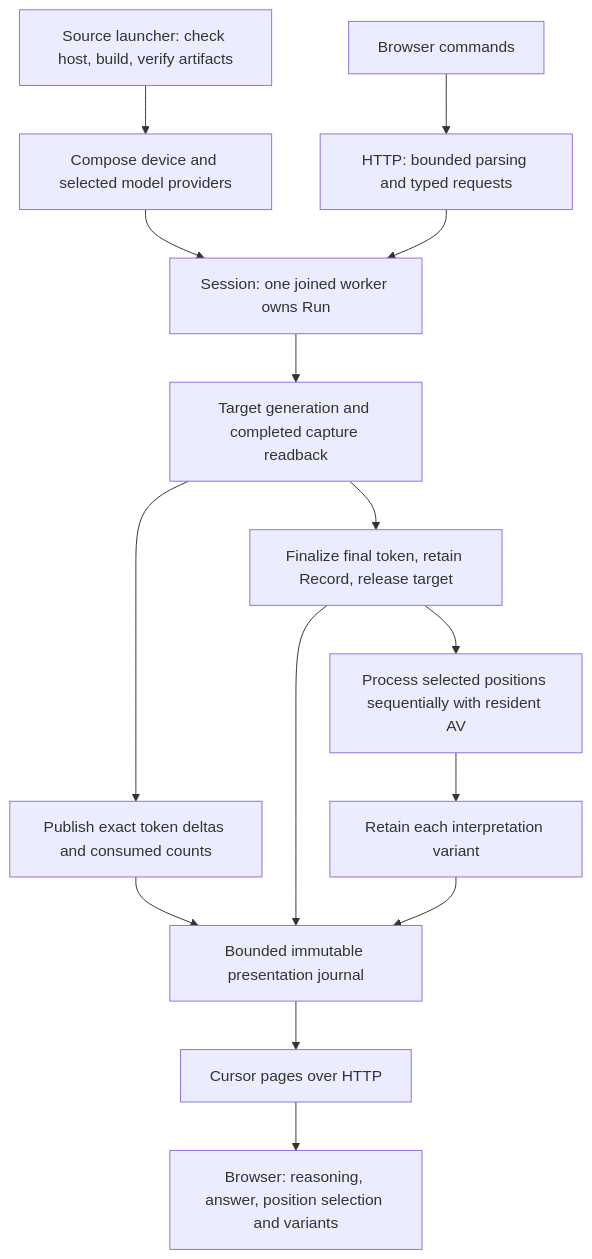
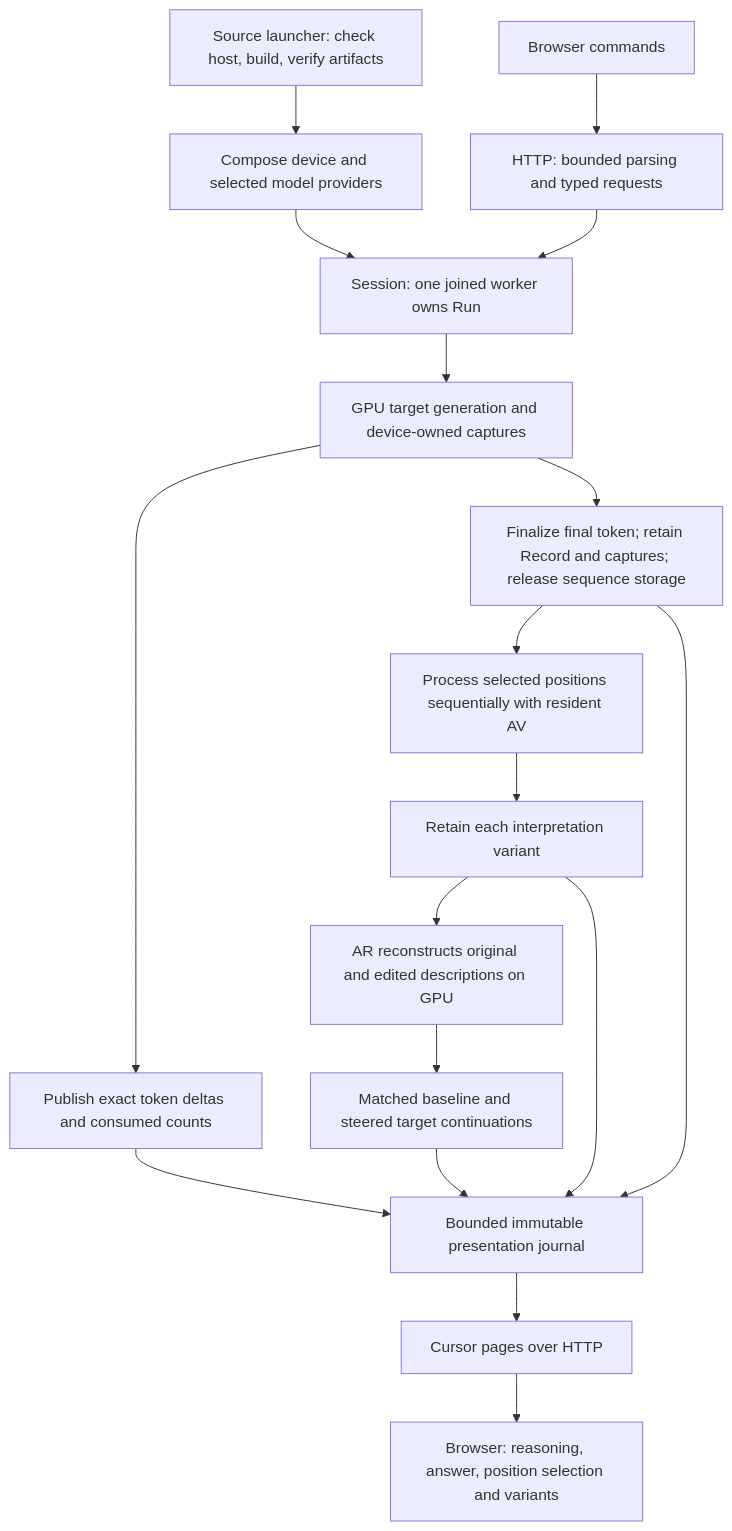
Before and after one commit to plainsight-systems/dolittle: the diagram in docs/architecture/live-application.md, drawn with Mermaid. The commit also changed other lines of this file and 20 other files, not shown here.

````diff
--- a/docs/architecture/live-application.md
+++ b/docs/architecture/live-application.md
@@ -25,17 +25,20 @@
 ```mermaid
 flowchart TD
     A[Source launcher: check host, build, verify artifacts] --> B[Compose device and selected model providers]
     C[Browser commands] --> D[HTTP: bounded parsing and typed requests]
     B --> E[Session: one joined worker owns Run]
     D --> E
-    E --> F[Target generation and completed capture readback]
+    E --> F[GPU target generation and device-owned captures]
     F --> G[Publish exact token deltas and consumed counts]
-    F --> H[Finalize final token, retain Record, release target]
+    F --> H[Finalize final token; retain Record and captures; release sequence storage]
     H --> I[Process selected positions sequentially with resident AV]
     I --> J[Retain each interpretation variant]
+    J --> N[AR reconstructs original and edited descriptions on GPU]
+    N --> O[Matched baseline and steered target continuations]
+    O --> K
     G --> K[Bounded immutable presentation journal]
     H --> K
     J --> K
     K --> L[Cursor pages over HTTP]
     L --> M[Browser: reasoning, answer, position selection and variants]
 ```
````
